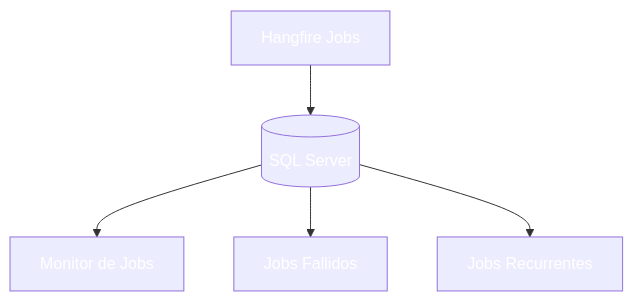
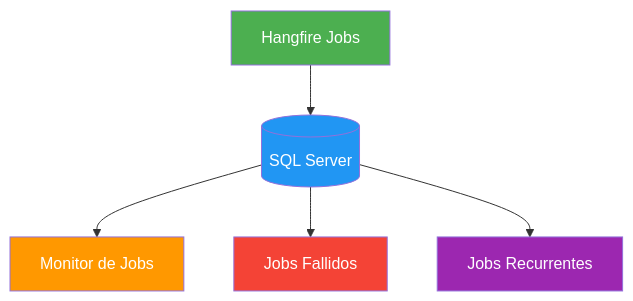
The fourth of 4 diagrams in 22-tareas-programadas.md (joseluisgs/DesarrolloWebEntornosServidor-02-2026-2027), drawn with Mermaid before and after one commit. The commit also changed other lines of this file and 29 other files, not shown here.

Commit message:
docs: corregir estilos Mermaid y estilo, quitar referencias a la Tienda y reestructurar los retos 13 y 15

````diff
--- a/22-tareas-programadas.md
+++ b/22-tareas-programadas.md
@@ -620,12 +620,12 @@
 ```mermaid
 flowchart TB
     HJ["Hangfire Jobs"] --> DB[(SQL Server)]
     DB --> MJ["Monitor de Jobs"]
     DB --> FJ["Jobs Fallidos"]
     DB --> RJ["Jobs Recurrentes"]
-    style HJ fill:#4CAF5,color:#fff0,color:#fff
-    style DB fill:#2196F,color:#fff3,color:#fff
-    style MJ fill:#FF980,color:#fff0,color:#fff
-    style FJ fill:#f4433,color:#fff6,color:#fff
-    style RJ fill:#9C27B,color:#fff0,color:#fff
+    style HJ fill:#4CAF50,color:#fff
+    style DB fill:#2196F3,color:#fff
+    style MJ fill:#FF9800,color:#fff
+    style FJ fill:#f44336,color:#fff
+    style RJ fill:#9C27B0,color:#fff
 ```
````
